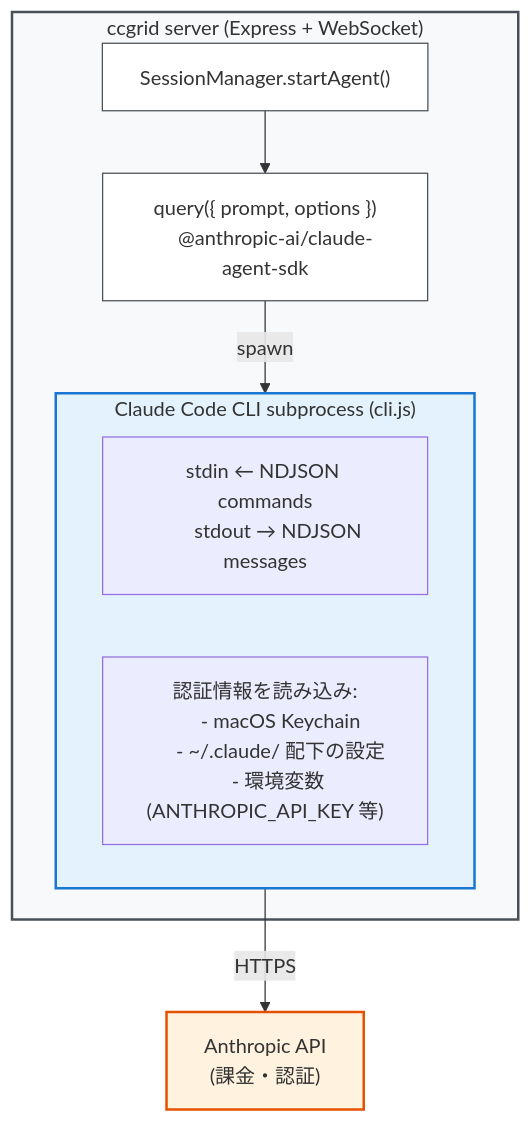
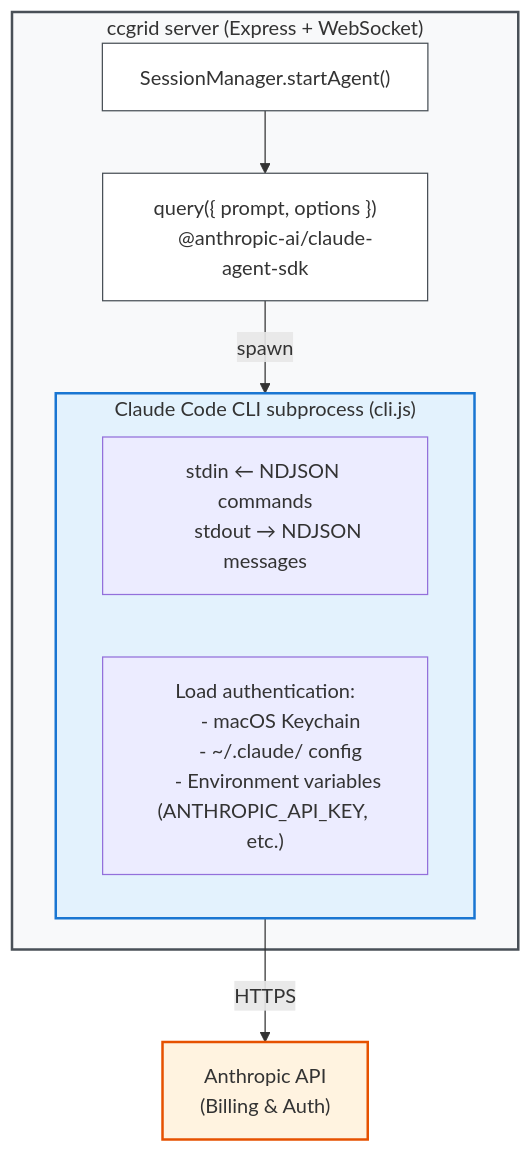
One commit to O6lvl4/ccgrid changed the diagram in docs/agent-sdk-architecture.md. Above: the diagram before and after it, drawn with Mermaid. The commit also changed other lines of this file and 12 other files, not shown here.

````diff
--- a/docs/agent-sdk-architecture.md
+++ b/docs/agent-sdk-architecture.md
@@ -7,30 +7,30 @@
 ```mermaid
 graph TD
   subgraph server["ccgrid server (Express + WebSocket)"]
     SM["SessionManager.startAgent()"]
     Q["query({ prompt, options })
     @anthropic-ai/claude-agent-sdk"]
 
     subgraph cli["Claude Code CLI subprocess (cli.js)"]
       IPC["stdin ← NDJSON commands
       stdout → NDJSON messages"]
-      AUTH["認証情報を読み込み:
+      AUTH["Load authentication:
       - macOS Keychain
-      - ~/.claude/ 配下の設定
-      - 環境変数 (ANTHROPIC_API_KEY 等)"]
+      - ~/.claude/ config
+      - Environment variables (ANTHROPIC_API_KEY, etc.)"]
     end
   end
 
   API["Anthropic API
-  (課金・認証)"]
+  (Billing & Auth)"]
 
   SM --> Q
   Q -- "spawn" --> cli
   cli -- "HTTPS" --> API
 
   style server fill:#f8f9fa,stroke:#495057,stroke-width:2px
   style cli fill:#e3f2fd,stroke:#1976d2,stroke-width:2px
   style API fill:#fff3e0,stroke:#e65100,stroke-width:2px
   style SM fill:#ffffff,stroke:#495057
   style Q fill:#ffffff,stroke:#495057
 ```
````
